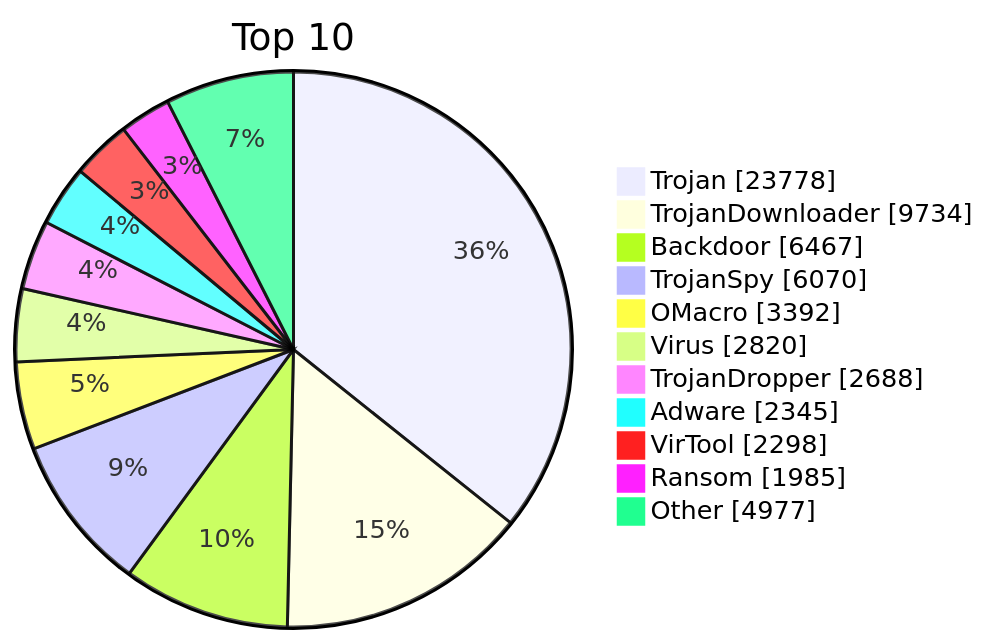
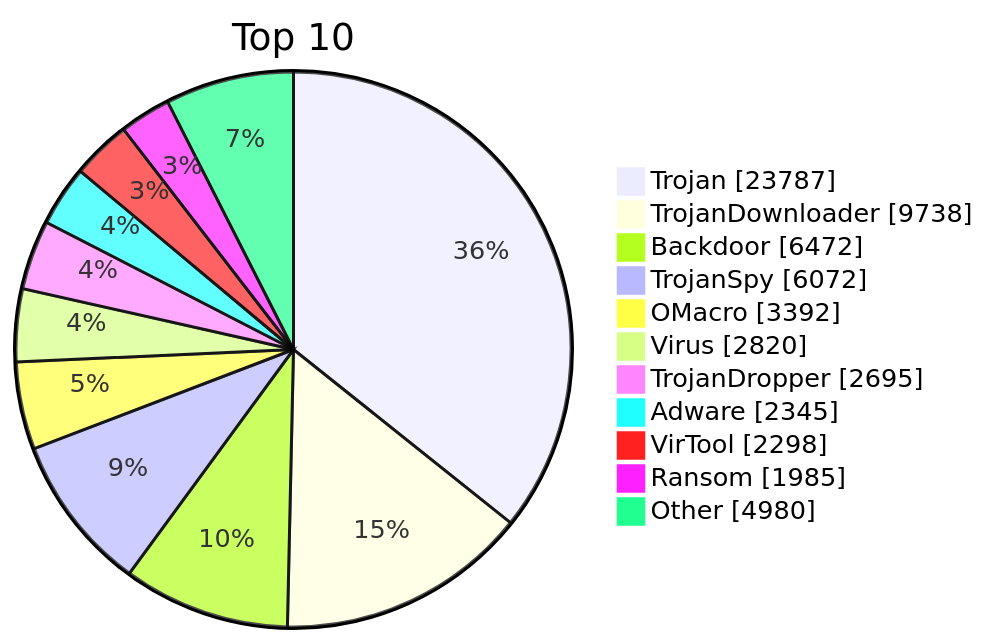
One commit to JerryLinLinLin/huorong-virdb-changelog changed the diagram in README.md. Above: the diagram before and after it, drawn with Mermaid. The commit also changed other lines of this file and 13 other files, not shown here.

````diff
--- a/README.md
+++ b/README.md
@@ -18,15 +18,15 @@
 ```mermaid
 pie showData
     title Top 10
-    "Trojan" : 23778
-    "TrojanDownloader" : 9734
-    "Backdoor" : 6467
-    "TrojanSpy" : 6070
+    "Trojan" : 23787
+    "TrojanDownloader" : 9738
+    "Backdoor" : 6472
+    "TrojanSpy" : 6072
     "OMacro" : 3392
     "Virus" : 2820
-    "TrojanDropper" : 2688
+    "TrojanDropper" : 2695
     "Adware" : 2345
     "VirTool" : 2298
     "Ransom" : 1985
-    "Other" : 4977
+    "Other" : 4980
 ```
````
